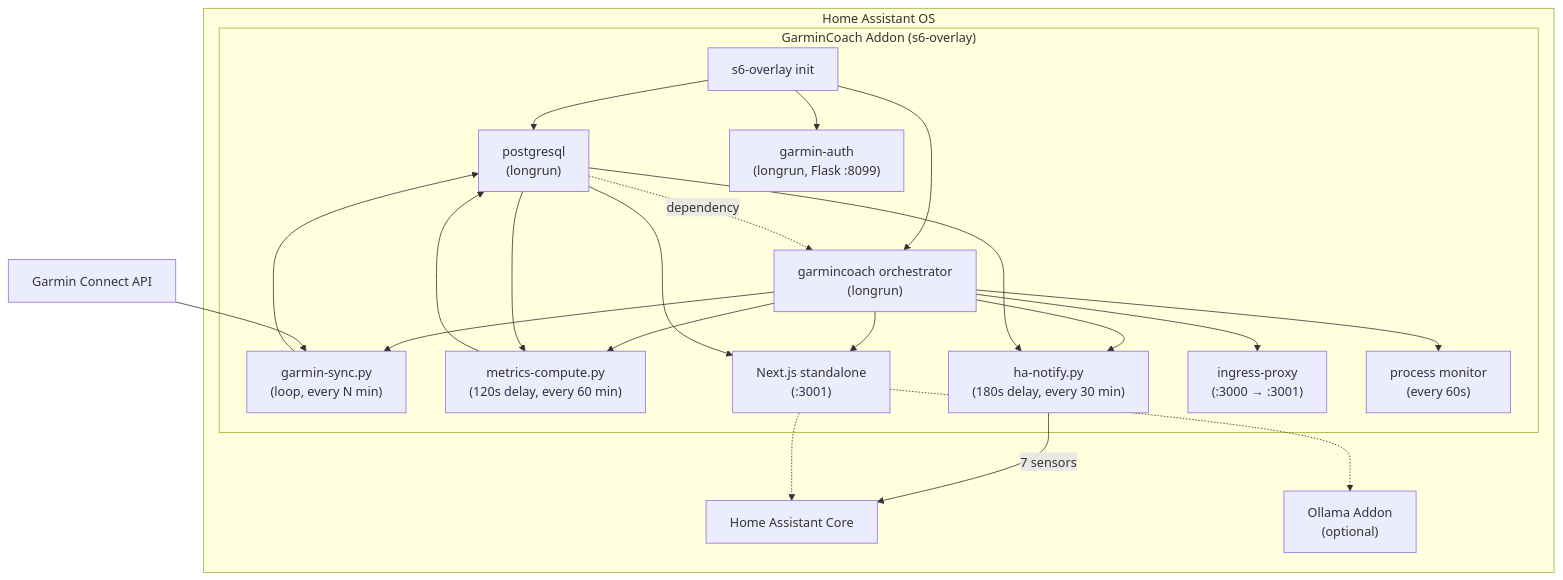
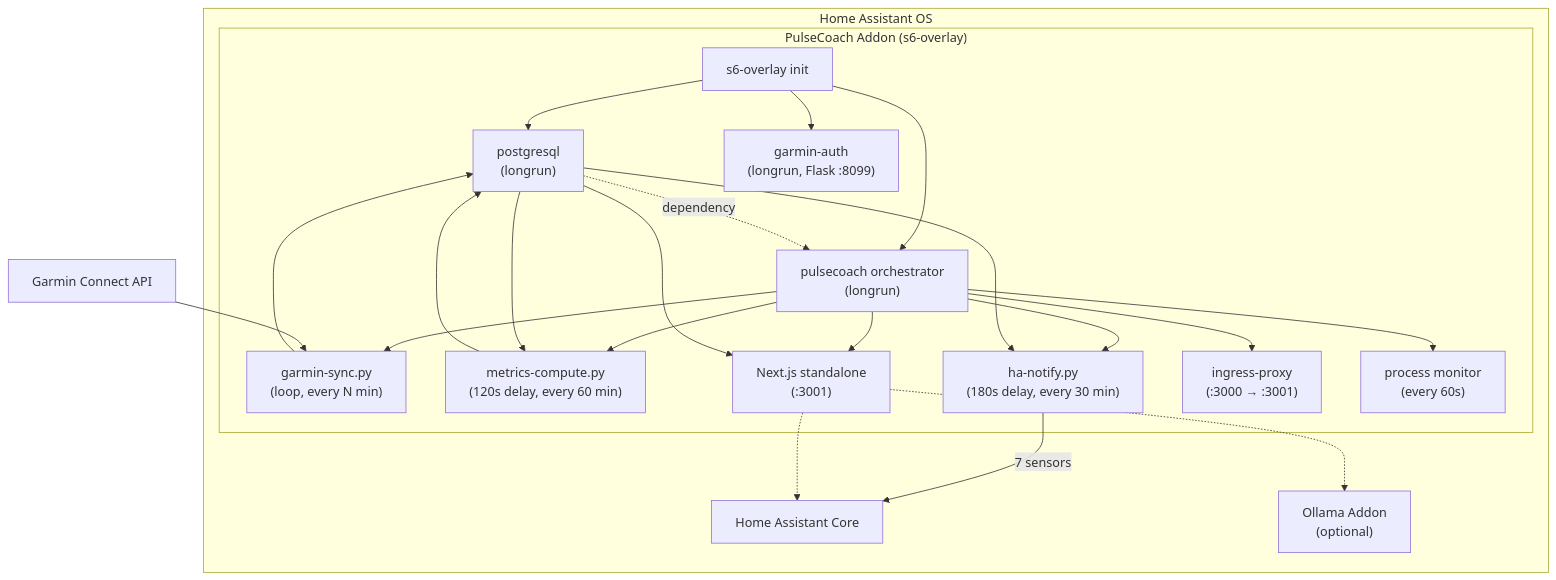
The diagram in README.md (askb/ha-garmin-fitness-coach-addon), drawn with Mermaid before and after one commit. The commit also changed other lines of this file and 94 other files, not shown here.

First line of the commit message:
feat!: rename addon from GarminCoach to PulseCoach (#61)

````diff
--- a/README.md
+++ b/README.md
@@ -46,42 +48,42 @@
 ```mermaid
 graph TD
     subgraph "Home Assistant OS"
-        subgraph "GarminCoach Addon (s6-overlay)"
+        subgraph "PulseCoach Addon (s6-overlay)"
             S6["s6-overlay init"]
             PG["postgresql<br/>(longrun)"]
             Auth["garmin-auth<br/>(longrun, Flask :8099)"]
-            GC["garmincoach orchestrator<br/>(longrun)"]
+            GC["pulsecoach orchestrator<br/>(longrun)"]
             Sync["garmin-sync.py<br/>(loop, every N min)"]
             Metrics["metrics-compute.py<br/>(120s delay, every 60 min)"]
             Notify["ha-notify.py<br/>(180s delay, every 30 min)"]
             NextJS["Next.js standalone<br/>(:3001)"]
             Ingress["ingress-proxy<br/>(:3000 → :3001)"]
             Monitor["process monitor<br/>(every 60s)"]
         end
         HA["Home Assistant Core"]
         Ollama["Ollama Addon<br/>(optional)"]
     end
 
     Garmin["Garmin Connect API"]
 
     S6 --> PG
     S6 --> Auth
     S6 --> GC
     PG -.->|dependency| GC
     GC --> Sync
     GC --> Metrics
     GC --> Notify
     GC --> NextJS
     GC --> Ingress
     GC --> Monitor
 
     Garmin --> Sync
     Sync --> PG
     PG --> Metrics
     Metrics --> PG
     PG --> Notify
     Notify -->|7 sensors| HA
     PG --> NextJS
     NextJS -.-> Ollama
     NextJS -.-> HA
 ```
````
